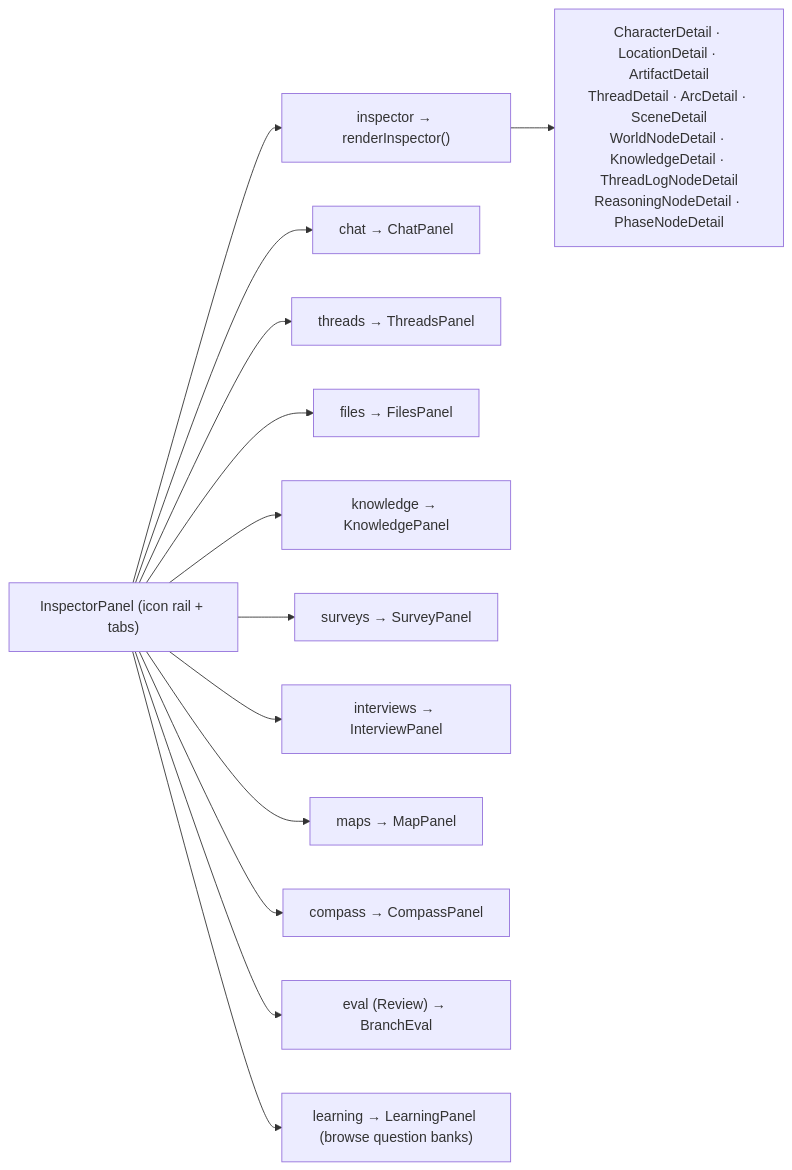
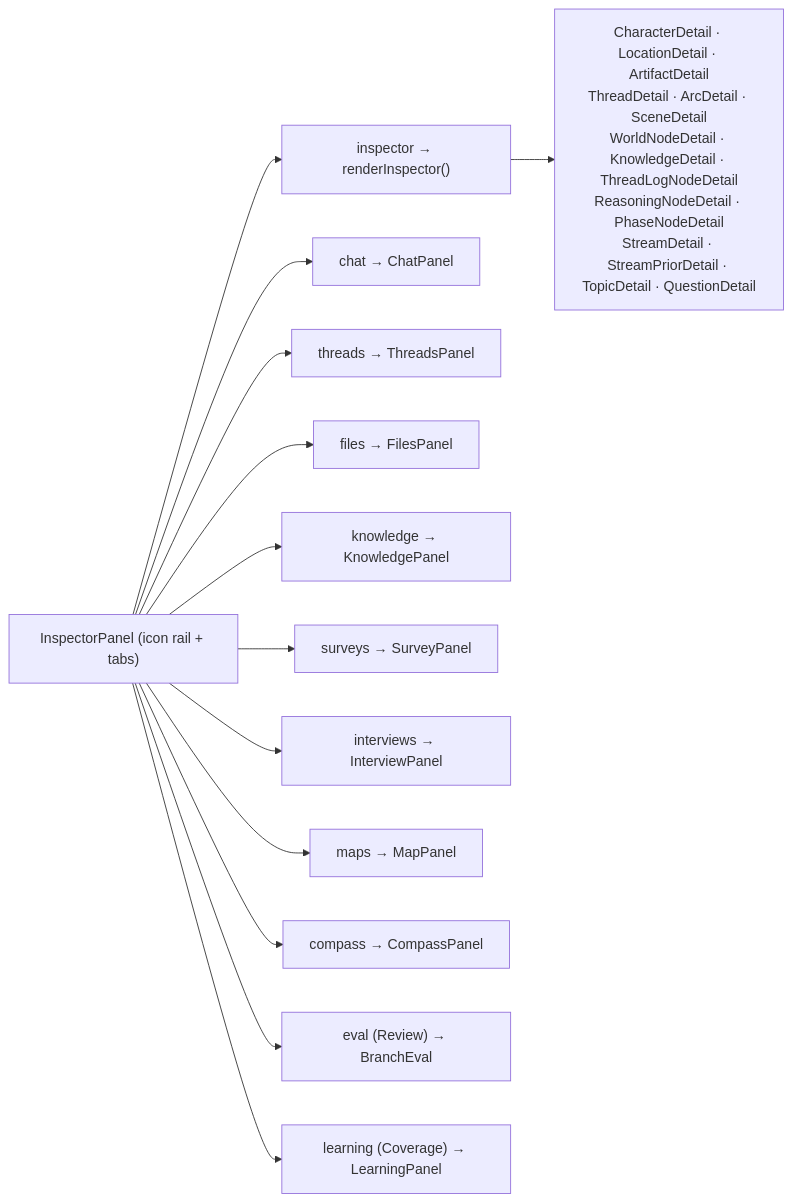
Before and after one commit to jasonyu0100/meridians: the fourth of 7 diagrams in MERMAID.md, drawn with Mermaid. The commit also changed other lines of this file and 90 other files, not shown here.

Commit message:
implementing roadmap

````diff
--- a/MERMAID.md
+++ b/MERMAID.md
@@ -104,16 +107,16 @@
 ```mermaid
 flowchart LR
     SP["InspectorPanel (icon rail + tabs)"]
     SP --> T1["inspector → renderInspector()"]
     SP --> T2["chat → ChatPanel"]
     SP --> T3["threads → ThreadsPanel"]
     SP --> T4["files → FilesPanel"]
     SP --> T5["knowledge → KnowledgePanel"]
     SP --> T6["surveys → SurveyPanel"]
     SP --> T7["interviews → InterviewPanel"]
     SP --> T8["maps → MapPanel"]
     SP --> T9["compass → CompassPanel"]
     SP --> T10["eval (Review) → BranchEval"]
-    SP --> T11["learning → LearningPanel (browse question banks)"]
-    T1 --> D["CharacterDetail · LocationDetail · ArtifactDetail<br/>ThreadDetail · ArcDetail · SceneDetail<br/>WorldNodeDetail · KnowledgeDetail · ThreadLogNodeDetail<br/>ReasoningNodeDetail · PhaseNodeDetail"]
+    SP --> T11["learning (Coverage) → LearningPanel"]
+    T1 --> D["CharacterDetail · LocationDetail · ArtifactDetail<br/>ThreadDetail · ArcDetail · SceneDetail<br/>WorldNodeDetail · KnowledgeDetail · ThreadLogNodeDetail<br/>ReasoningNodeDetail · PhaseNodeDetail<br/>StreamDetail · StreamPriorDetail · TopicDetail · QuestionDetail"]
 ```
````
